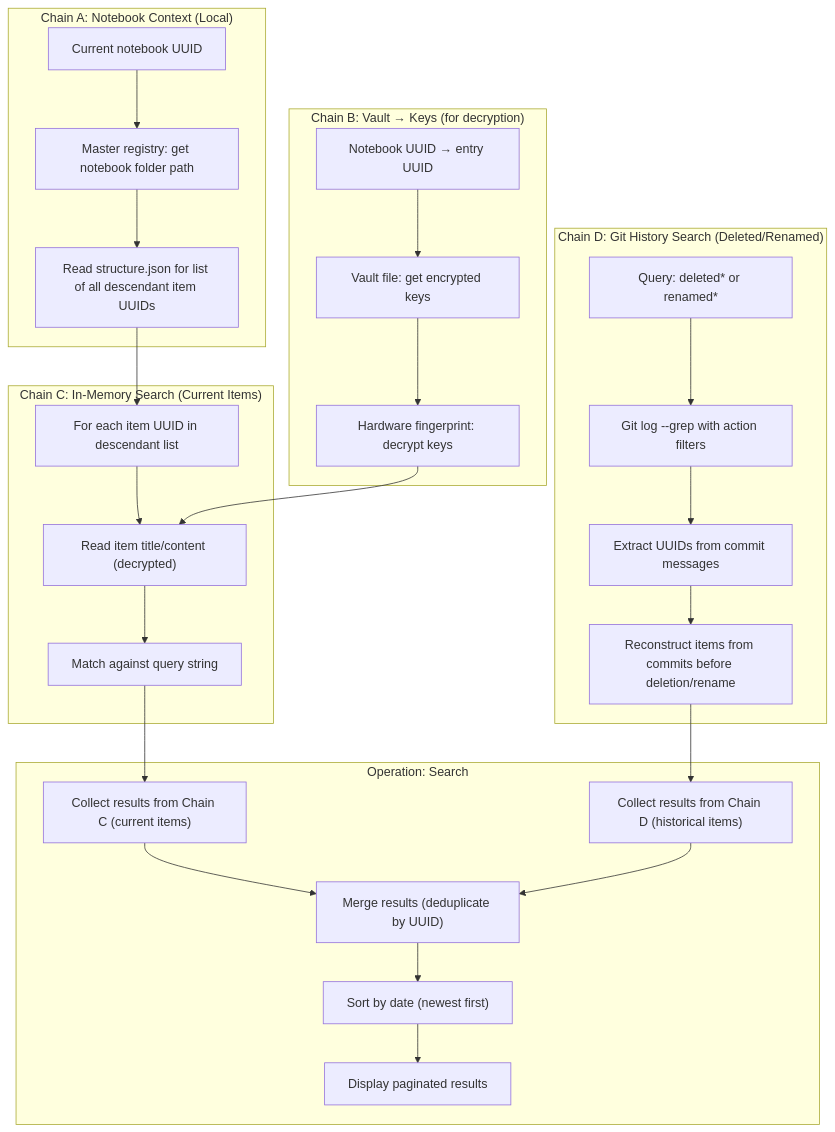
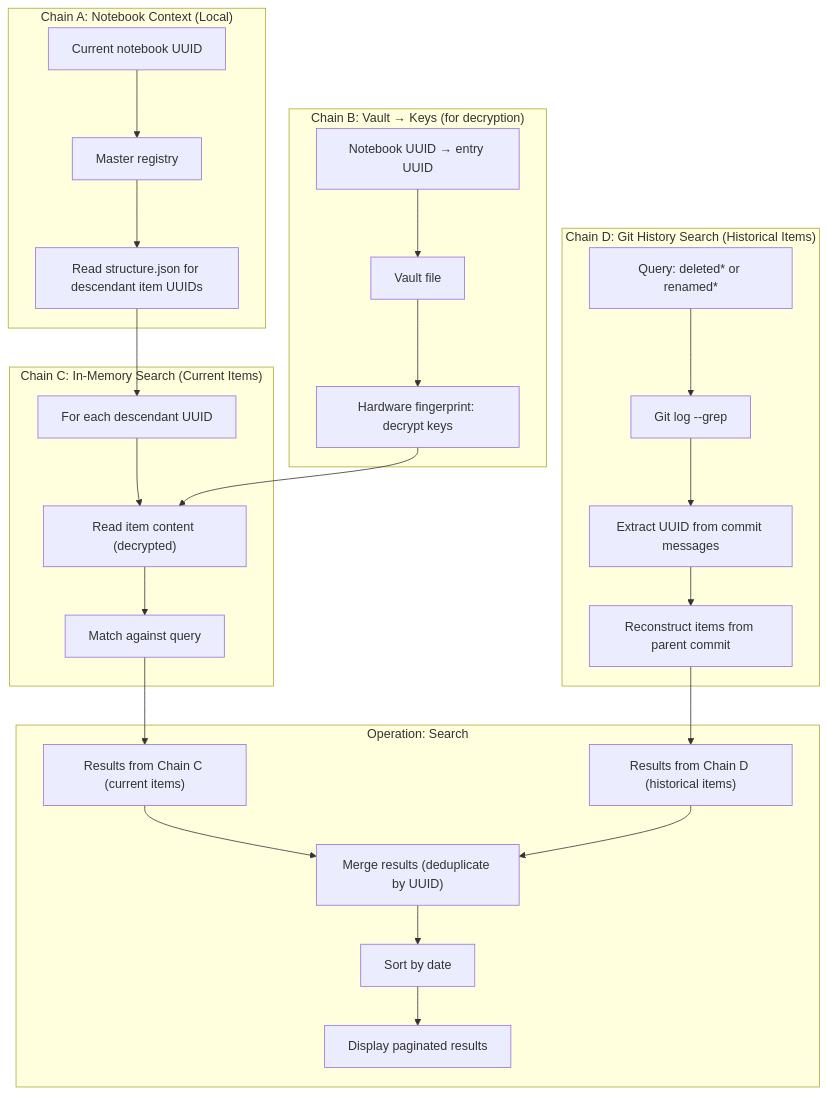
Before and after one commit to sys-ronin/rough_docu: the third of 3 diagrams in UUID.md, drawn with Mermaid. The commit also changed other lines of this file, not shown here.

````diff
--- a/UUID.md
+++ b/UUID.md
@@ -186,42 +193,42 @@
 ```mermaid
 flowchart TD
     subgraph ChainA["Chain A: Notebook Context (Local)"]
-        A1["Current notebook UUID"] --> A2["Master registry: get notebook folder path"]
-        A2 --> A3["Read structure.json for list of all descendant item UUIDs"]
+        A1["Current notebook UUID"] --> A2["Master registry"]
+        A2 --> A3["Read structure.json for descendant item UUIDs"]
     end
 
     subgraph ChainB["Chain B: Vault → Keys (for decryption)"]
-        B1["Notebook UUID → entry UUID"] --> B2["Vault file: get encrypted keys"]
+        B1["Notebook UUID → entry UUID"] --> B2["Vault file"]
         B2 --> B3["Hardware fingerprint: decrypt keys"]
     end
 
     subgraph ChainC["Chain C: In‑Memory Search (Current Items)"]
-        C1["For each item UUID in descendant list"] --> C2["Read item title/content (decrypted)"]
-        C2 --> C3["Match against query string"]
+        C1["For each descendant UUID"] --> C2["Read item content (decrypted)"]
+        C2 --> C3["Match against query"]
     end
 
-    subgraph ChainD["Chain D: Git History Search (Deleted/Renamed)"]
-        D1["Query: deleted* or renamed*"] --> D2["Git log --grep with action filters"]
-        D2 --> D3["Extract UUIDs from commit messages"]
-        D3 --> D4["Reconstruct items from commits before deletion/rename"]
+    subgraph ChainD["Chain D: Git History Search (Historical Items)"]
+        D1["Query: deleted* or renamed*"] --> D2["Git log --grep"]
+        D2 --> D3["Extract UUID from commit messages"]
+        D3 --> D4["Reconstruct items from parent commit"]
     end
 
     subgraph Operation["Operation: Search"]
-        O1["Collect results from Chain C (current items)"]
-        O2["Collect results from Chain D (historical items)"]
+        O1["Results from Chain C (current items)"]
+        O2["Results from Chain D (historical items)"]
         O3["Merge results (deduplicate by UUID)"]
-        O4["Sort by date (newest first)"]
+        O4["Sort by date"]
         O5["Display paginated results"]
     end
 
     A3 --> C1
     B3 --> C2
     C3 --> O1
 
     D4 --> O2
 
     O1 --> O3
     O2 --> O3
     O3 --> O4
     O4 --> O5
 ```
````
